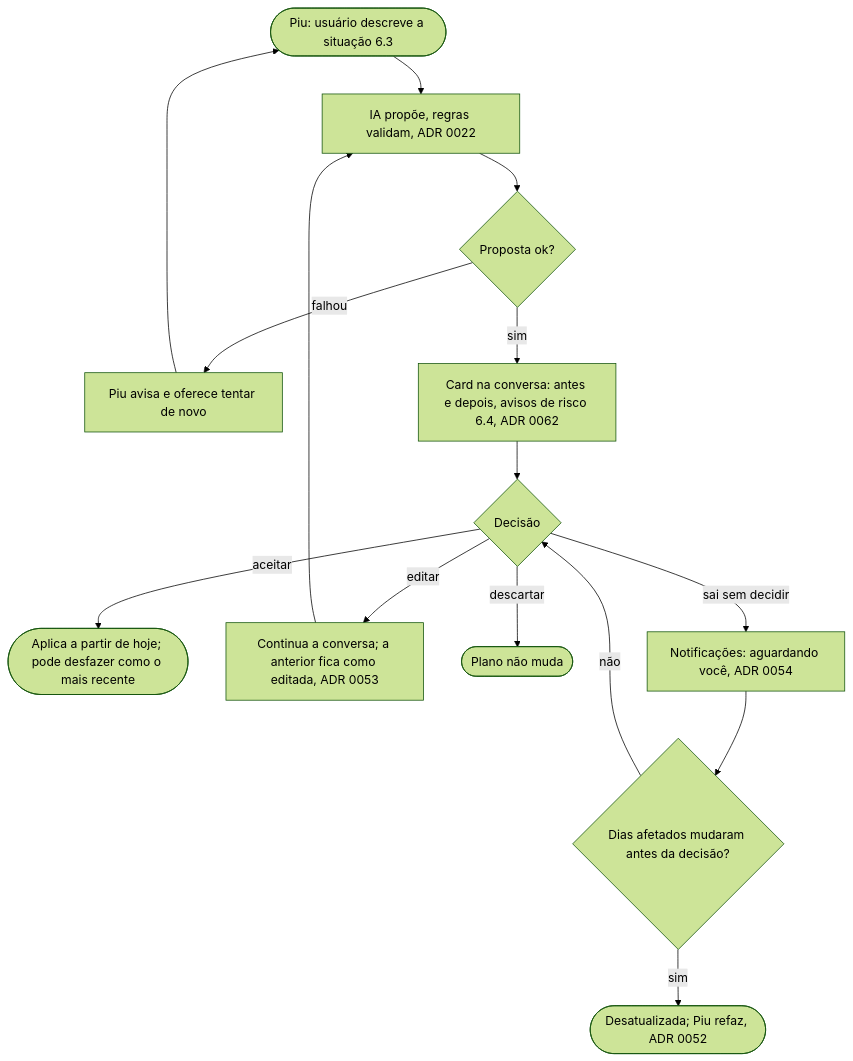
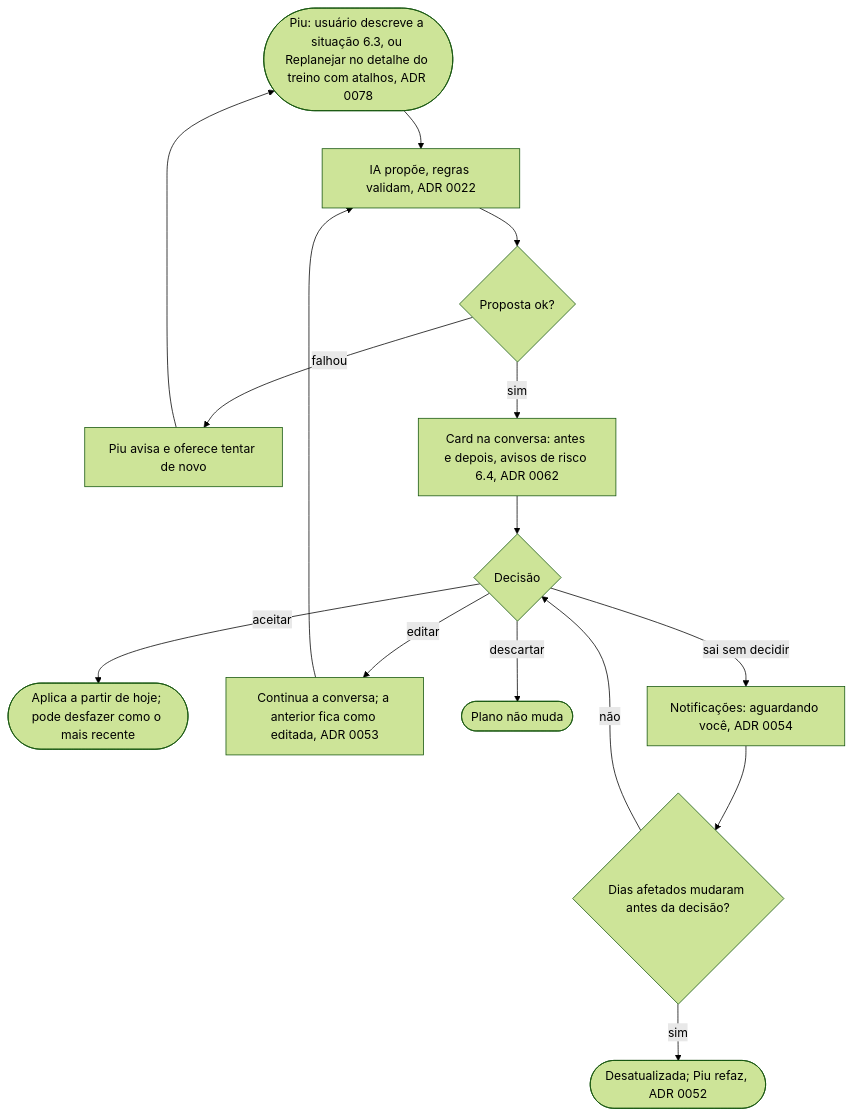
The tenth of 11 diagrams in docs/fluxos.md (cruzvini/app-corrida), drawn with Mermaid (forest theme) before and after one commit. The commit also changed other lines of this file and 10 other files, not shown here.

First line of the commit message:
docs: ADR 0078 - mudar um treino é replanejar com o Piu, no lugar de Pular e Trocar dia

````diff
--- a/docs/fluxos.md
+++ b/docs/fluxos.md
@@ -254,15 +241,15 @@
 ```mermaid
 flowchart TD
-  A([Piu: usuário descreve a situação 6.3]) --> B[IA propõe, regras validam, ADR 0022]
+  A([Piu: usuário descreve a situação 6.3, ou Replanejar no detalhe do treino com atalhos, ADR 0078]) --> B[IA propõe, regras validam, ADR 0022]
   B --> C{Proposta ok?}
   C -- falhou --> C1[Piu avisa e oferece tentar de novo] --> A
   C -- sim --> D[Card na conversa: antes e depois, avisos de risco 6.4, ADR 0062]
   D --> E{Decisão}
   E -- aceitar --> F([Aplica a partir de hoje; pode desfazer como o mais recente])
   E -- editar --> G[Continua a conversa; a anterior fica como editada, ADR 0053] --> B
   E -- descartar --> H([Plano não muda])
   E -- sai sem decidir --> I[Notificações: aguardando você, ADR 0054]
   I --> J{Dias afetados mudaram antes da decisão?}
   J -- sim --> K([Desatualizada; Piu refaz, ADR 0052])
   J -- não --> E
 ```
````
